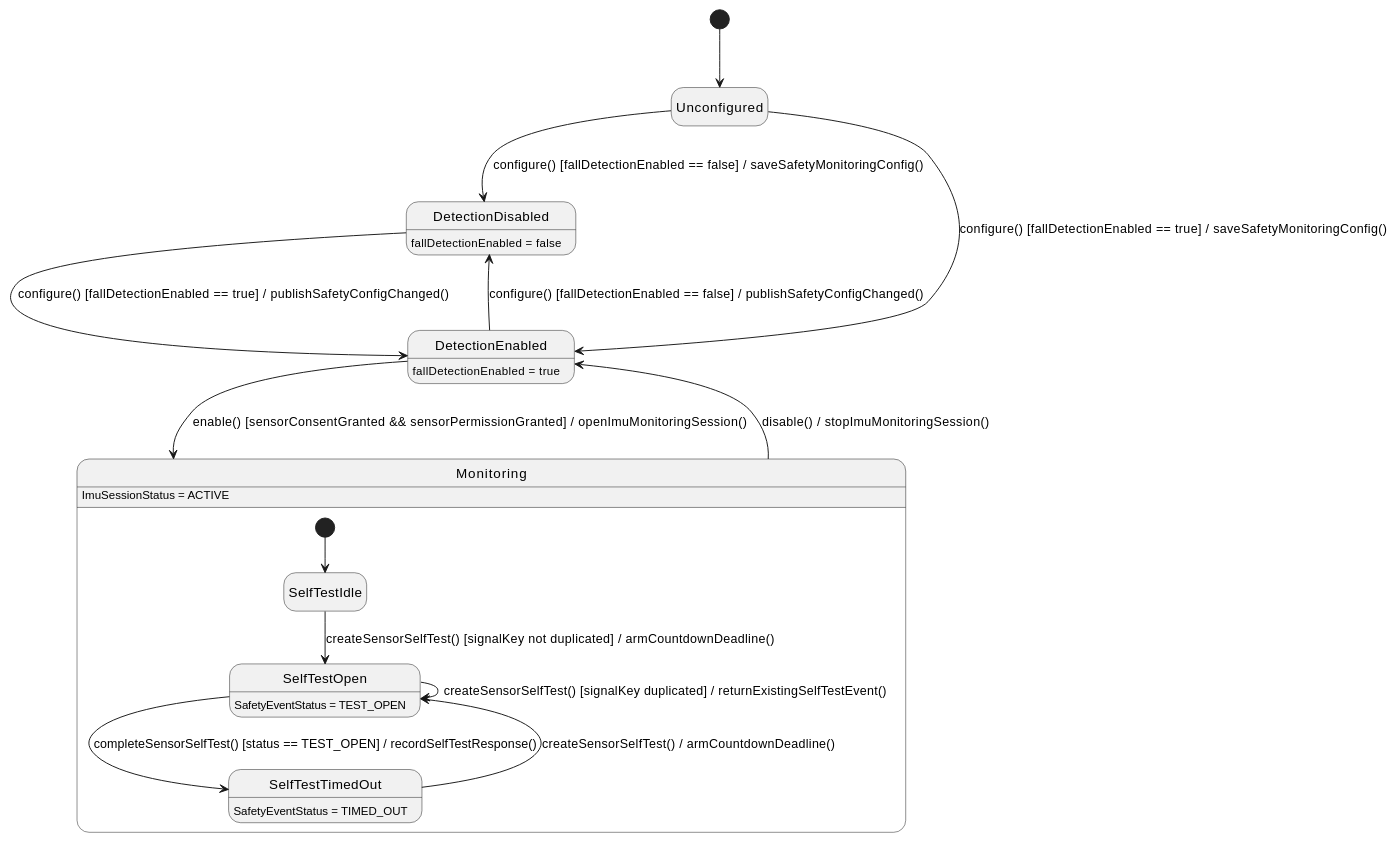
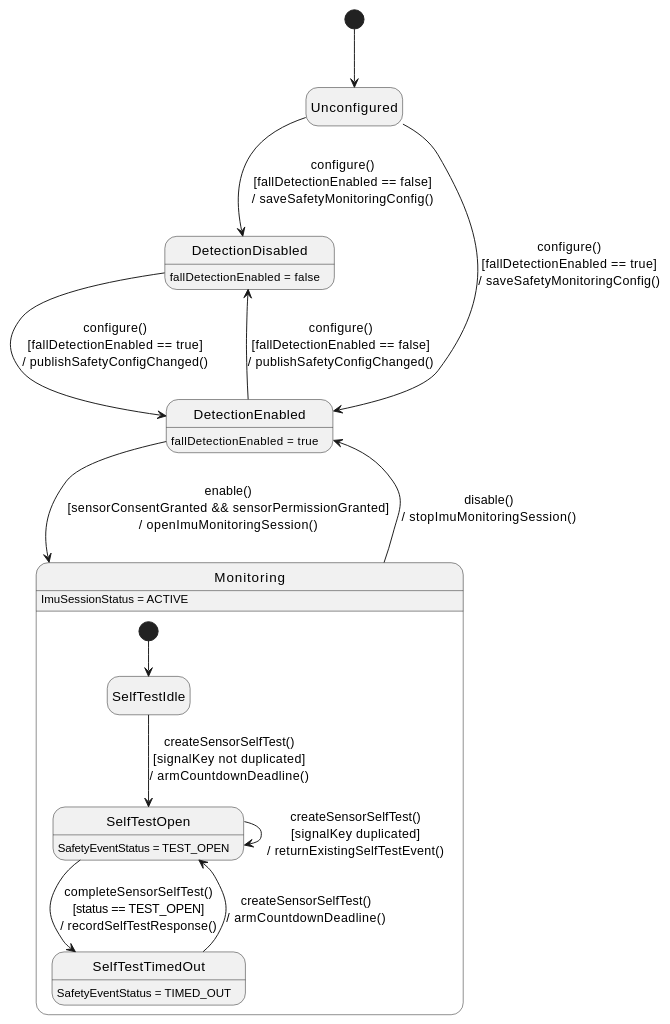
The third of 3 diagrams in 03_Design/Detailed_Design/MF10_Smart_Activity_Monitoring_Safety_Support/01_Fall_Detection_Consent_Configuration_and_Self_Test.md (ChuongBDHE172784/CareBridge_SEP490_G79), drawn with PlantUML before and after one commit. The commit also changed 61 other files, not shown here.

Commit message:
docs: update detailed design documentation and state chart diagrams across all feature modules

````diff
--- a/03_Design/Detailed_Design/MF10_Smart_Activity_Monitoring_Safety_Support/01_Fall_Detection_Consent_Configuration_and_Self_Test.md
+++ b/03_Design/Detailed_Design/MF10_Smart_Activity_Monitoring_Safety_Support/01_Fall_Detection_Consent_Configuration_and_Self_Test.md
@@ -118,28 +118,28 @@
 ```plantuml
 @startuml StateChartDiagram_01FallDetectionConsentConfigurationandSelfTest
 hide empty description
 [*] --> Unconfigured
 
-Unconfigured --> DetectionDisabled : configure() [fallDetectionEnabled == false] / saveSafetyMonitoringConfig()
-Unconfigured --> DetectionEnabled : configure() [fallDetectionEnabled == true] / saveSafetyMonitoringConfig()
-DetectionDisabled --> DetectionEnabled : configure() [fallDetectionEnabled == true] / publishSafetyConfigChanged()
-DetectionEnabled --> DetectionDisabled : configure() [fallDetectionEnabled == false] / publishSafetyConfigChanged()
+Unconfigured --> DetectionDisabled : configure()\n[fallDetectionEnabled == false]\n/ saveSafetyMonitoringConfig()
+Unconfigured --> DetectionEnabled : configure()\n[fallDetectionEnabled == true]\n/ saveSafetyMonitoringConfig()
+DetectionDisabled --> DetectionEnabled : configure()\n[fallDetectionEnabled == true]\n/ publishSafetyConfigChanged()
+DetectionEnabled --> DetectionDisabled : configure()\n[fallDetectionEnabled == false]\n/ publishSafetyConfigChanged()
 
-DetectionEnabled --> Monitoring : enable() [sensorConsentGranted && sensorPermissionGranted] / openImuMonitoringSession()
-Monitoring --> DetectionEnabled : disable() / stopImuMonitoringSession()
+DetectionEnabled --> Monitoring : enable()\n[sensorConsentGranted && sensorPermissionGranted]\n/ openImuMonitoringSession()
+Monitoring --> DetectionEnabled : disable()\n/ stopImuMonitoringSession()
 
 state Monitoring {
   [*] --> SelfTestIdle
-  SelfTestIdle --> SelfTestOpen : createSensorSelfTest() [signalKey not duplicated] / armCountdownDeadline()
-  SelfTestOpen --> SelfTestOpen : createSensorSelfTest() [signalKey duplicated] / returnExistingSelfTestEvent()
-  SelfTestOpen --> SelfTestTimedOut : completeSensorSelfTest() [status == TEST_OPEN] / recordSelfTestResponse()
-  SelfTestTimedOut --> SelfTestOpen : createSensorSelfTest() / armCountdownDeadline()
+  SelfTestIdle --> SelfTestOpen : createSensorSelfTest()\n[signalKey not duplicated]\n/ armCountdownDeadline()
+  SelfTestOpen --> SelfTestOpen : createSensorSelfTest()\n[signalKey duplicated]\n/ returnExistingSelfTestEvent()
+  SelfTestOpen --> SelfTestTimedOut : completeSensorSelfTest()\n[status == TEST_OPEN]\n/ recordSelfTestResponse()
+  SelfTestTimedOut --> SelfTestOpen : createSensorSelfTest()\n/ armCountdownDeadline()
 }
 
 DetectionDisabled : fallDetectionEnabled = false
 DetectionEnabled : fallDetectionEnabled = true
 Monitoring : ImuSessionStatus = ACTIVE
 SelfTestOpen : SafetyEventStatus = TEST_OPEN
 SelfTestTimedOut : SafetyEventStatus = TIMED_OUT
 @enduml
 ```
````
